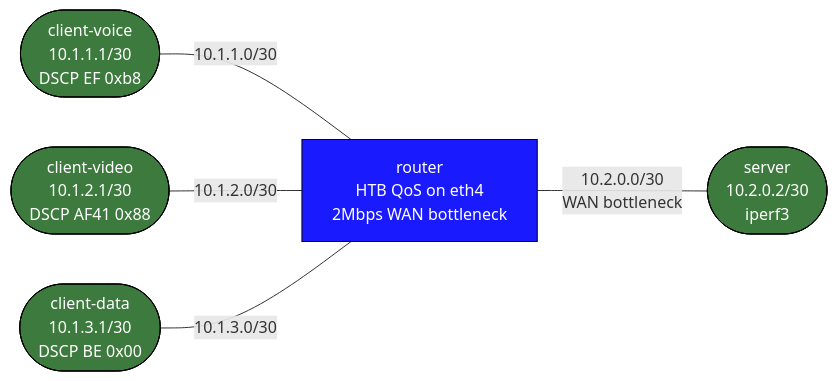
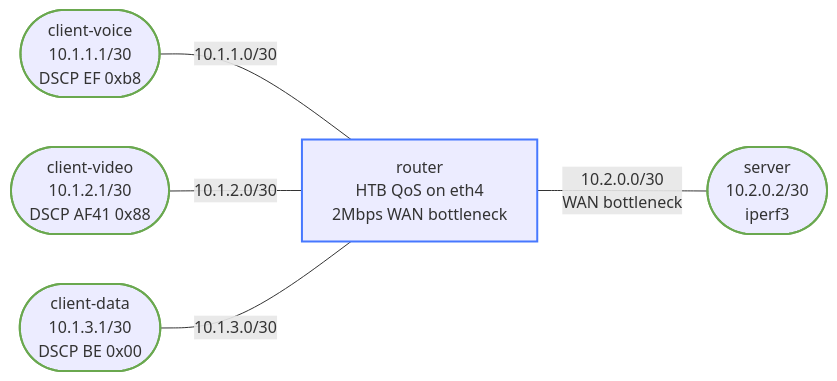
The first of 2 diagrams in labs/qos-enterprise/README.md (jschless/networkingLabs), drawn with Mermaid before and after one commit. The commit also changed other lines of this file and 250 other files, not shown here.

Commit message:
Fix unreadable topology diagrams, convert ASCII art, publish assessments (#57)

````diff
--- a/labs/qos-enterprise/README.md
+++ b/labs/qos-enterprise/README.md
@@ -22,19 +22,19 @@
 ```mermaid
 flowchart LR
-    voice(["client-voice\n10.1.1.1/30\nDSCP EF 0xb8"])
-    video(["client-video\n10.1.2.1/30\nDSCP AF41 0x88"])
-    data(["client-data\n10.1.3.1/30\nDSCP BE 0x00"])
-    router["router\nHTB QoS on eth4\n2Mbps WAN bottleneck"]
-    server(["server\n10.2.0.2/30\niperf3"])
+    voice(["client-voice<br/>10.1.1.1/30<br/>DSCP EF 0xb8"])
+    video(["client-video<br/>10.1.2.1/30<br/>DSCP AF41 0x88"])
+    data(["client-data<br/>10.1.3.1/30<br/>DSCP BE 0x00"])
+    router["router<br/>HTB QoS on eth4<br/>2Mbps WAN bottleneck"]
+    server(["server<br/>10.2.0.2/30<br/>iperf3"])
 
     voice -- "10.1.1.0/30" --- router
     video -- "10.1.2.0/30" --- router
     data -- "10.1.3.0/30" --- router
-    router -- "10.2.0.0/30\nWAN bottleneck" --- server
+    router -- "10.2.0.0/30<br/>WAN bottleneck" --- server
 
-    classDef router fill:#1a1aff,color:#fff,stroke:#000
-    classDef host   fill:#3d7a3d,color:#fff,stroke:#000
+    classDef router stroke:#4778ff,stroke-width:2px
+    classDef host stroke:#6aa84f,stroke-width:2px
 
     class router router
     class voice,video,data,server host
 ```
````
